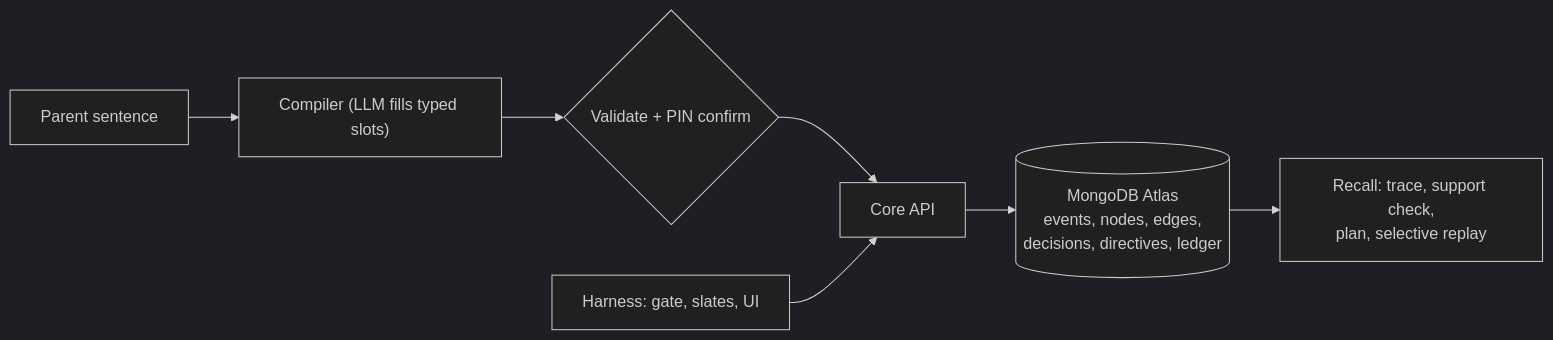
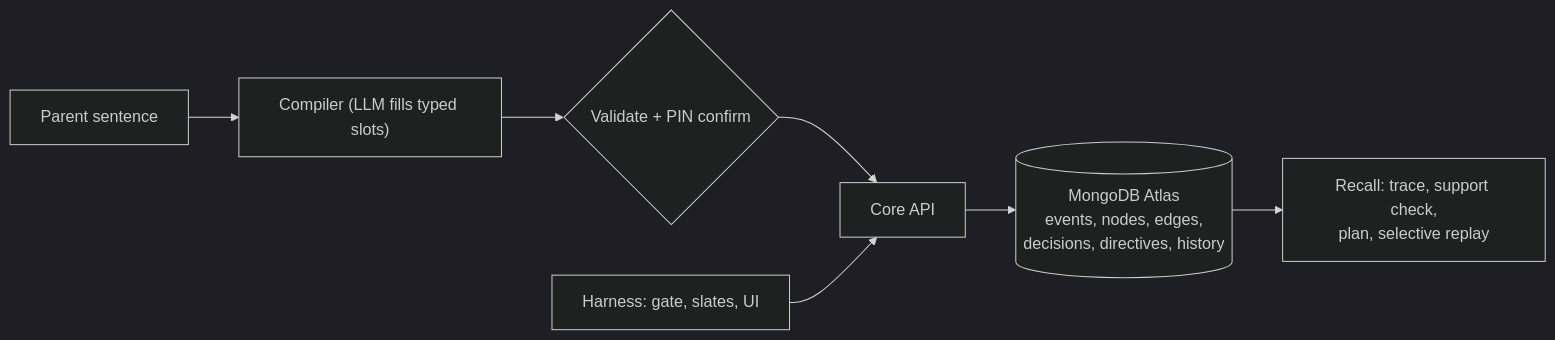
The diagram in README.md (aniketqxp/mongodb-hackathon), drawn with Mermaid (dark theme) before and after one commit. The commit also changed 4 other files, not shown here.

````diff
--- a/README.md
+++ b/README.md
@@ -30,9 +30,9 @@
 ```mermaid
 flowchart LR
   P["Parent sentence"] --> C["Compiler (LLM fills typed slots)"]
   C --> V{"Validate + PIN confirm"}
   V --> API["Core API"]
   H["Harness: gate, slates, UI"] --> API
-  API --> M[("MongoDB Atlas<br/>events, nodes, edges,<br/>decisions, directives, ledger")]
+  API --> M[("MongoDB Atlas<br/>events, nodes, edges,<br/>decisions, directives, history")]
   M --> R["Recall: trace, support check,<br/>plan, selective replay"]
 ```
````
